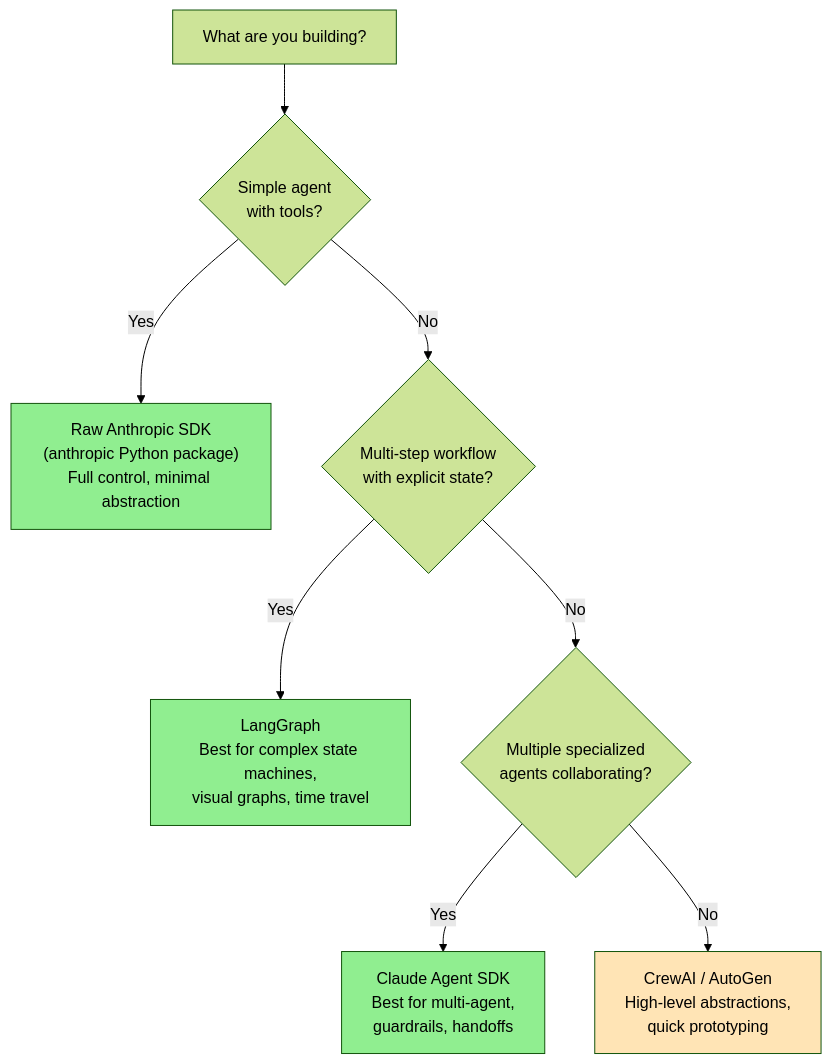
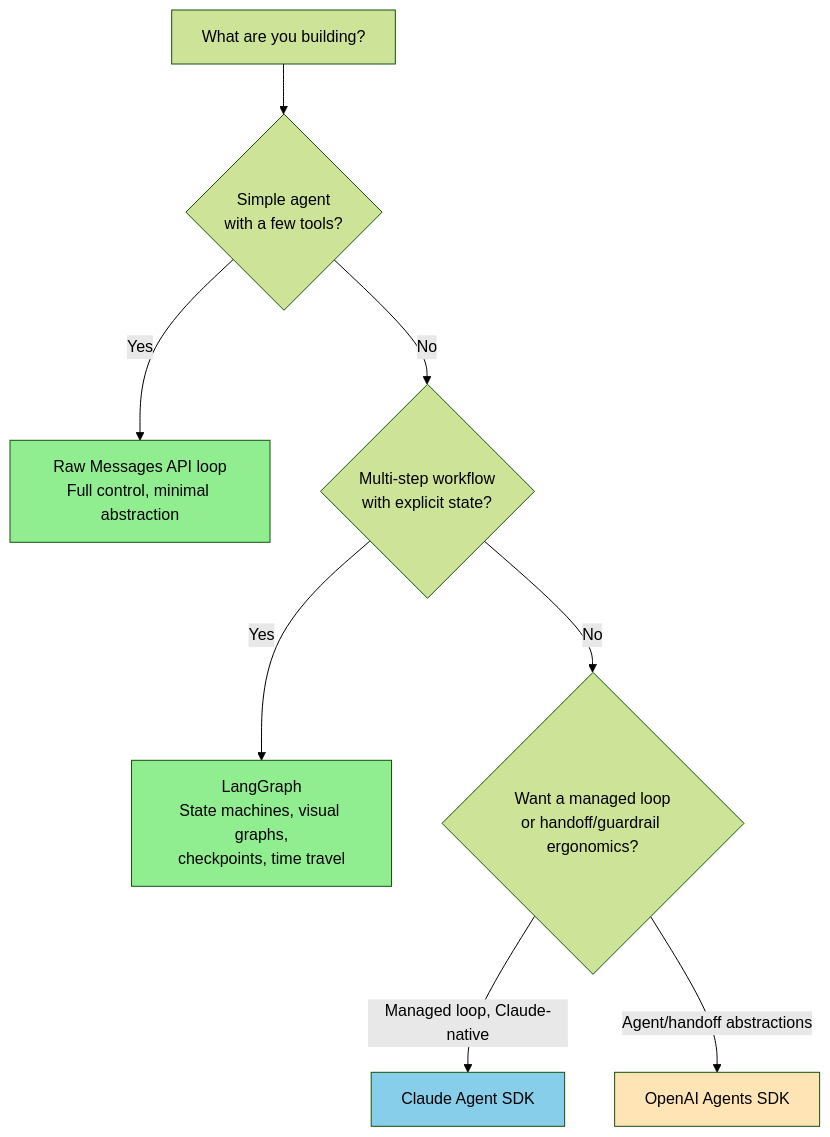
One commit to akshkr/akashnotes changed the diagram in Phase_7_Production_Deployment/Day_096_claude_agent_sdk/claude_agent_sdk.md. Above: the diagram before and after it, drawn with Mermaid (forest theme). The commit also changed other lines of this file and 6 other files, not shown here.

````diff
--- a/Phase_7_Production_Deployment/Day_096_claude_agent_sdk/claude_agent_sdk.md
+++ b/Phase_7_Production_Deployment/Day_096_claude_agent_sdk/claude_agent_sdk.md
@@ -13,15 +39,15 @@
 ```mermaid
 flowchart TD
-    A["What are you building?"] --> B{"Simple agent\nwith tools?"}
-    B -->|Yes| C["Raw Anthropic SDK\n(anthropic Python package)\nFull control, minimal abstraction"]
+    A["What are you building?"] --> B{"Simple agent\nwith a few tools?"}
+    B -->|Yes| C["Raw Messages API loop\nFull control, minimal abstraction"]
     B -->|No| D{"Multi-step workflow\nwith explicit state?"}
-    D -->|Yes| E["LangGraph\nBest for complex state machines,\nvisual graphs, time travel"]
-    D -->|No| F{"Multiple specialized\nagents collaborating?"}
-    F -->|Yes| G["Claude Agent SDK\nBest for multi-agent,\nguardrails, handoffs"]
-    F -->|No| H["CrewAI / AutoGen\nHigh-level abstractions,\nquick prototyping"]
+    D -->|Yes| E["LangGraph\nState machines, visual graphs,\ncheckpoints, time travel"]
+    D -->|No| F{"Want a managed loop\nor handoff/guardrail ergonomics?"}
+    F -->|Managed loop, Claude-native| G["Claude Agent SDK"]
+    F -->|Agent/handoff abstractions| H["OpenAI Agents SDK"]
 
     style C fill:#90EE90
     style E fill:#90EE90
-    style G fill:#90EE90
+    style G fill:#87CEEB
     style H fill:#FFE4B5
 ```
````
